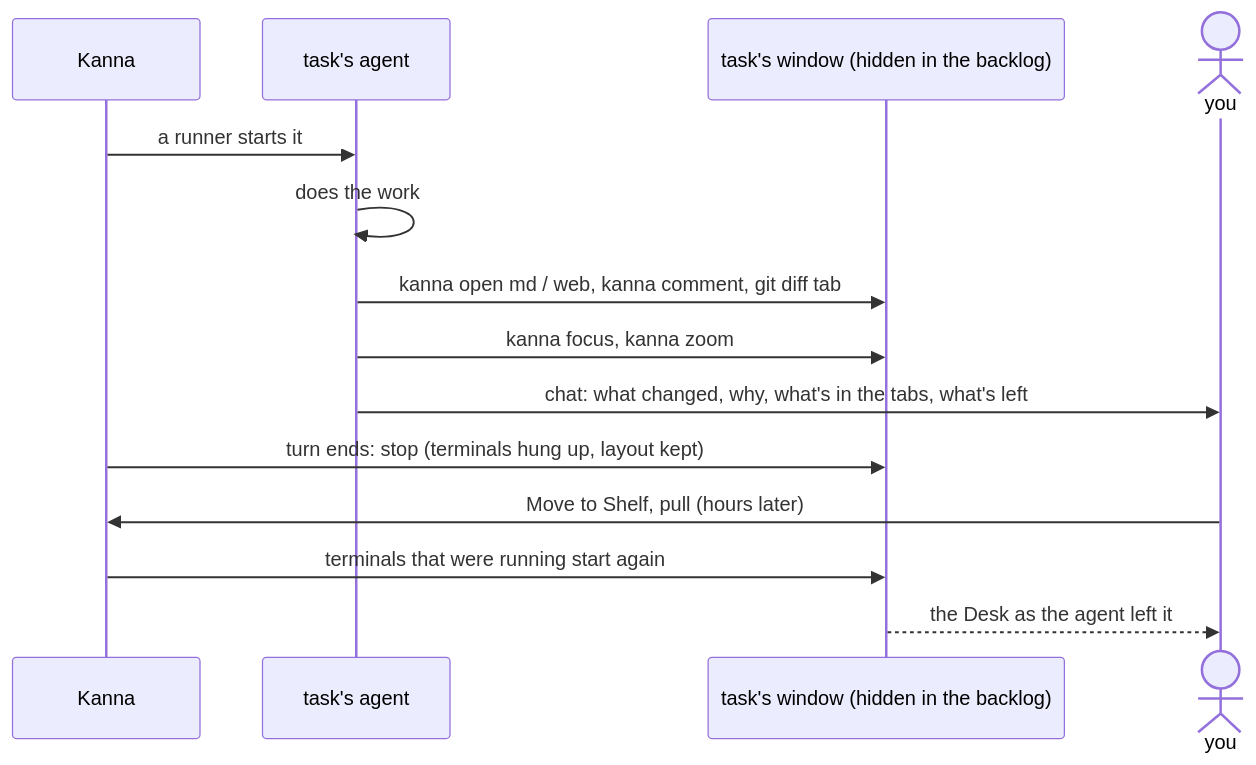
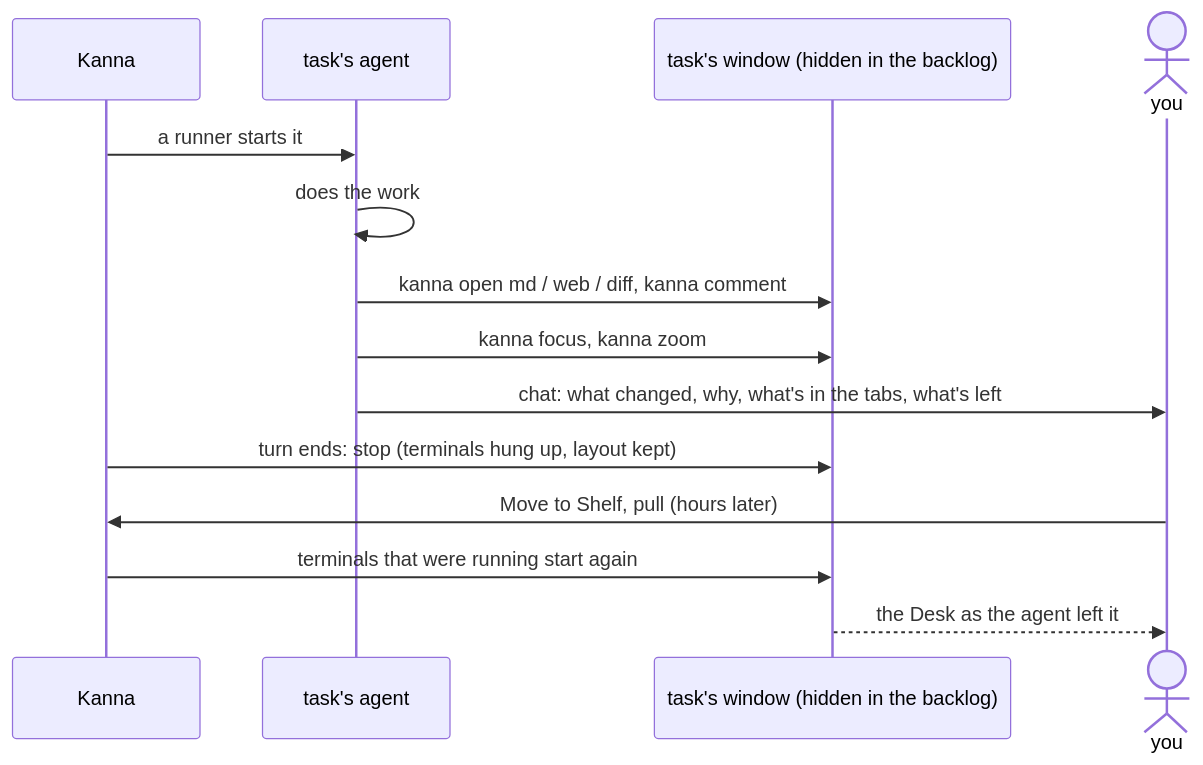
Before and after one commit to tampopogk/kanna: the diagram in docs/specs/presenting.md, drawn with Mermaid. The commit also changed other lines of this file and 1 other file, not shown here.

Commit message:
Presenting shows the branch's changes in a diff pane (kanna open diff --merge-base main), which follows the worktree and outlasts a stop, not git diff in a terminal tab (kanna-tasks skill, presenting spec)

````diff
--- a/docs/specs/presenting.md
+++ b/docs/specs/presenting.md
@@ -18,16 +18,16 @@
 ```mermaid
 sequenceDiagram
     participant K as Kanna
     participant A as task's agent
     participant W as task's window (hidden in the backlog)
     actor U as you
     K->>A: a runner starts it
     A->>A: does the work
-    A->>W: kanna open md / web, kanna comment, git diff tab
+    A->>W: kanna open md / web / diff, kanna comment
     A->>W: kanna focus, kanna zoom
     A->>U: chat: what changed, why, what's in the tabs, what's left
     K->>W: turn ends: stop (terminals hung up, layout kept)
     U->>K: Move to Shelf, pull (hours later)
     K->>W: terminals that were running start again
     W-->>U: the Desk as the agent left it
 ```
````
